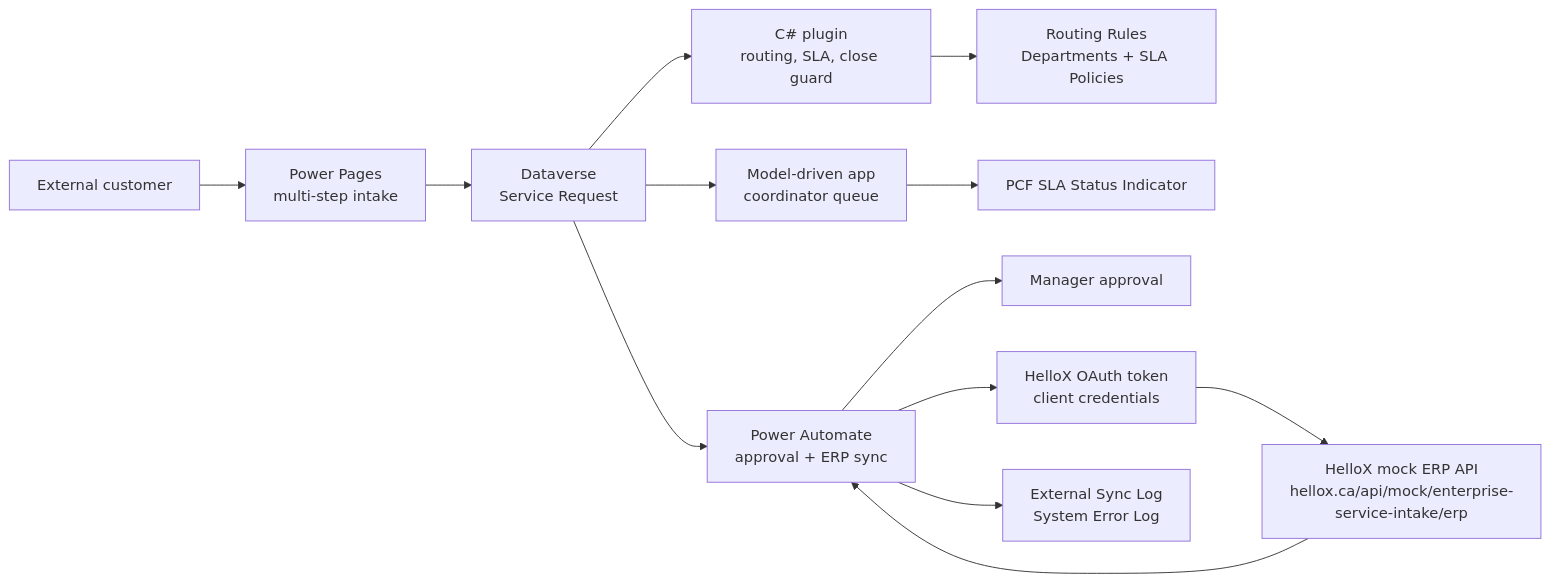
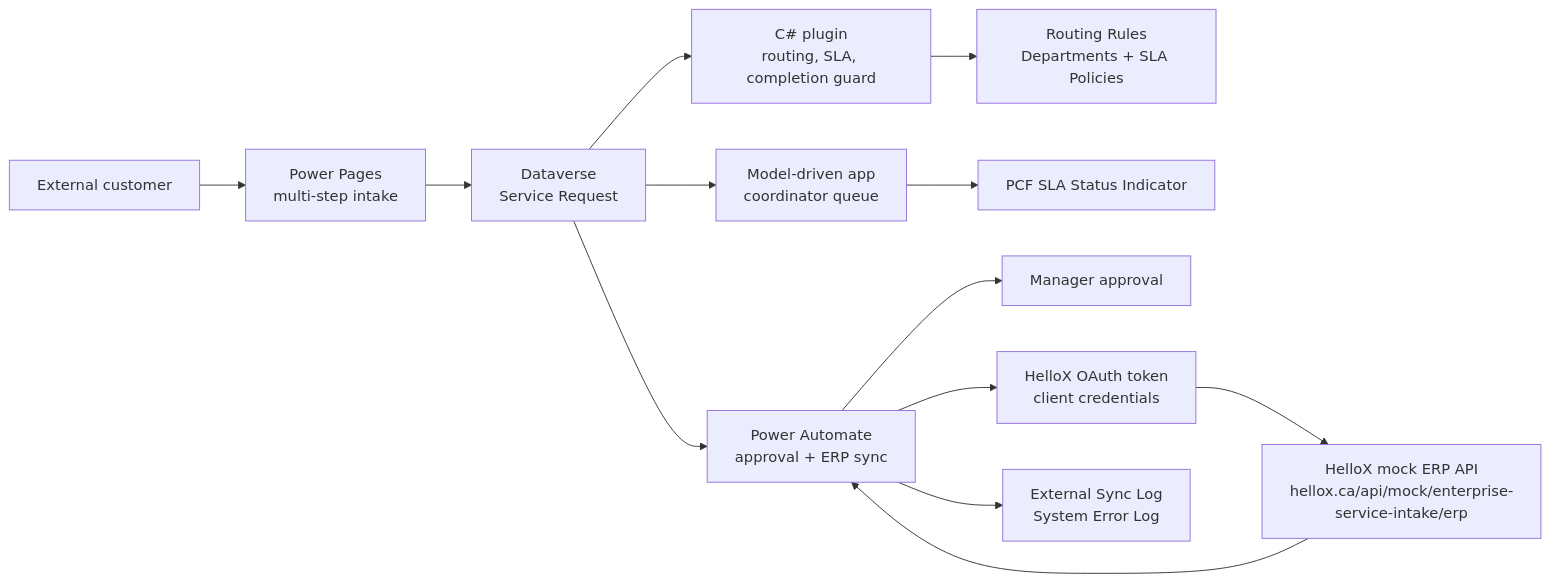
One commit to helloxtech/EnterpriseServiceIntake changed the first of 2 diagrams in README.md. Above: the diagram before and after it, drawn with Mermaid. The commit also changed other lines of this file and 10 other files, not shown here.

````diff
--- a/README.md
+++ b/README.md
@@ -53,15 +54,15 @@
 ```mermaid
 flowchart LR
     Customer["External customer"] --> Pages["Power Pages\nmulti-step intake"]
     Pages --> Dataverse["Dataverse\nService Request"]
-    Dataverse --> Plugin["C# plugin\nrouting, SLA, close guard"]
+    Dataverse --> Plugin["C# plugin\nrouting, SLA, completion guard"]
     Plugin --> Rules["Routing Rules\nDepartments + SLA Policies"]
     Dataverse --> App["Model-driven app\ncoordinator queue"]
     Dataverse --> Flow["Power Automate\napproval + ERP sync"]
     Flow --> Manager["Manager approval"]
     Flow --> Token["HelloX OAuth token\nclient credentials"]
     Token --> Api["HelloX mock ERP API\nhellox.ca/api/mock/enterprise-service-intake/erp"]
     Api --> Flow
     Flow --> Logs["External Sync Log\nSystem Error Log"]
     App --> PCF["PCF SLA Status Indicator"]
 ```
````
